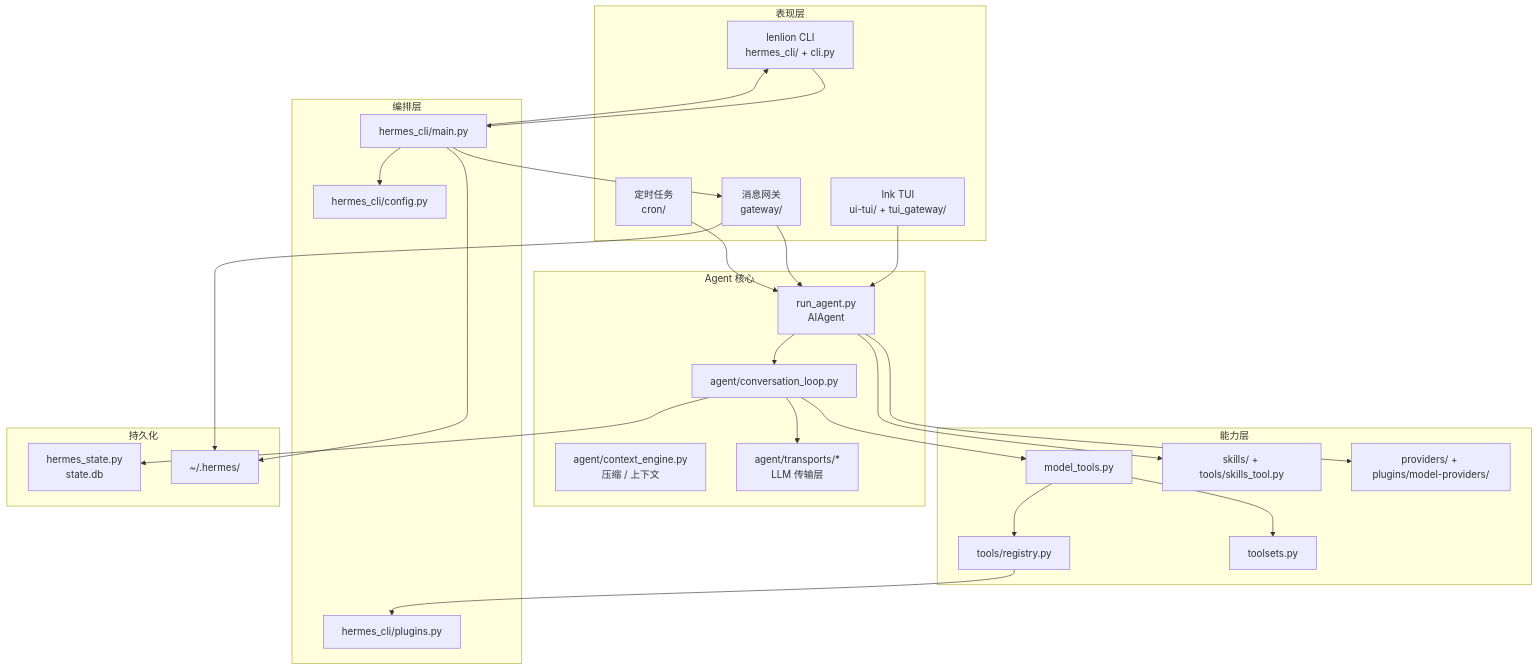
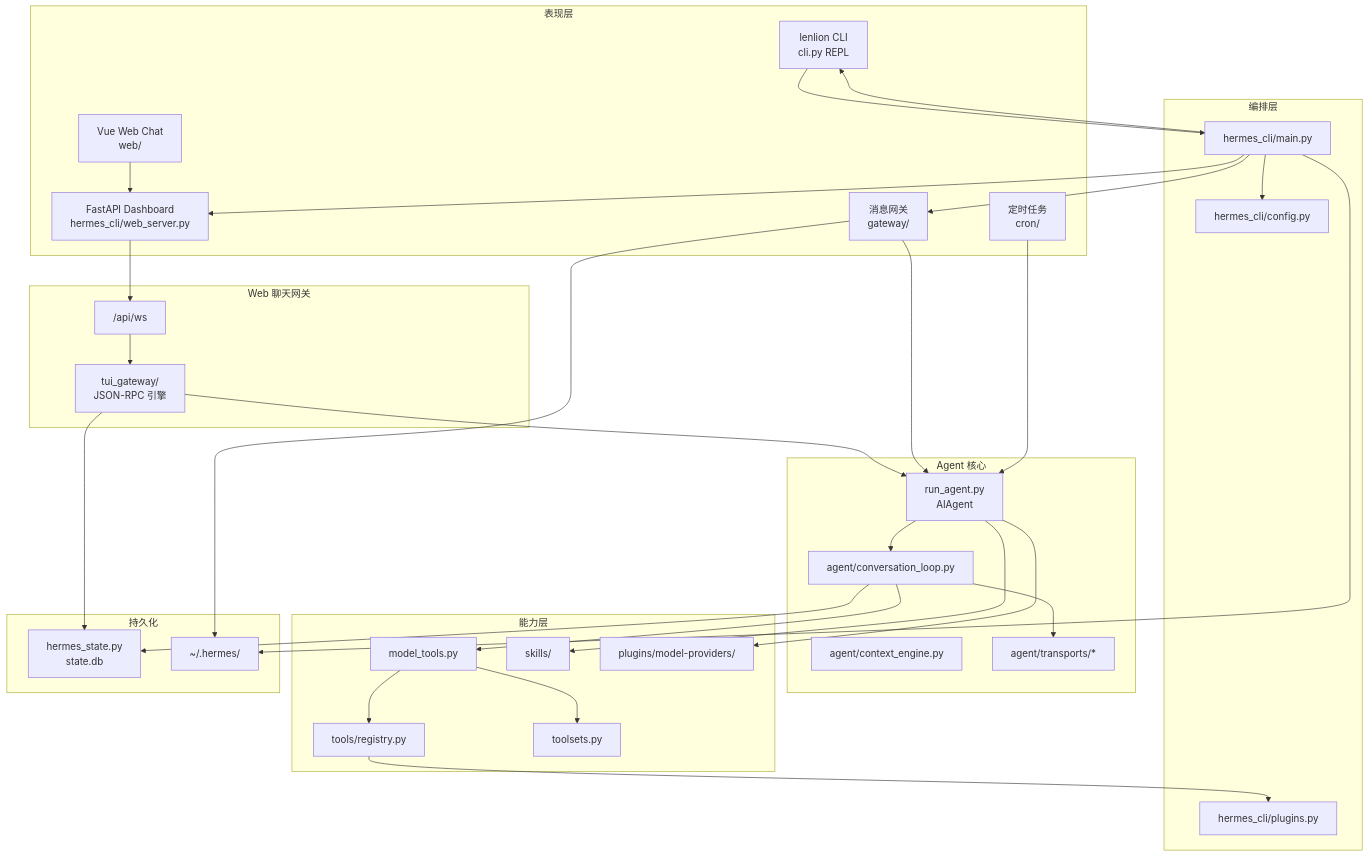
The first of 2 diagrams in ARCHITECTURE.md (lenlion4268-design/lenlion_project), drawn with Mermaid before and after one commit. The commit also changed other lines of this file and 375 other files, not shown here.

````diff
--- a/ARCHITECTURE.md
+++ b/ARCHITECTURE.md
@@ -21,54 +21,65 @@
 ```mermaid
 flowchart TB
   subgraph presentation [表现层]
-    CLI[lenlion CLI<br/>hermes_cli/ + cli.py]
-    TUI[Ink TUI<br/>ui-tui/ + tui_gateway/]
+    CLI[lenlion CLI<br/>cli.py REPL]
+    WEB[Vue Web Chat<br/>web/]
+    DASH[FastAPI Dashboard<br/>hermes_cli/web_server.py]
     GW[消息网关<br/>gateway/]
     CRON[定时任务<br/>cron/]
   end
 
   subgraph orchestration [编排层]
     MAIN[hermes_cli/main.py]
     CFG[hermes_cli/config.py]
     PLUG[hermes_cli/plugins.py]
   end
 
+  subgraph chat_gateway [Web 聊天网关]
+    WS["/api/ws"]
+    TG[tui_gateway/<br/>JSON-RPC 引擎]
+  end
+
   subgraph agent_core [Agent 核心]
     RA[run_agent.py<br/>AIAgent]
     LOOP[agent/conversation_loop.py]
-    CTX[agent/context_engine.py<br/>压缩 / 上下文]
-    TRANS[agent/transports/*<br/>LLM 传输层]
+    CTX[agent/context_engine.py]
+    TRANS[agent/transports/*]
   end
 
   subgraph capabilities [能力层]
     MT[model_tools.py]
     REG[tools/registry.py]
     TS[toolsets.py]
-    SK[skills/ + tools/skills_tool.py]
-    PR[providers/ + plugins/model-providers/]
+    SK[skills/]
+    PR[plugins/model-providers/]
   end
 
   subgraph persistence [持久化]
     STATE[hermes_state.py<br/>state.db]
     HOME[~/.hermes/]
   end
 
   CLI --> MAIN
-  TUI --> RA
+  WEB --> DASH
+  DASH --> WS
+  WS --> TG
+  TG --> RA
   GW --> RA
   CRON --> RA
   MAIN --> CLI
+  MAIN --> DASH
   MAIN --> GW
   MAIN --> CFG
   RA --> LOOP
   LOOP --> MT
   LOOP --> TRANS
   MT --> REG
   MT --> TS
   REG --> PLUG
   RA --> SK
   RA --> PR
   LOOP --> STATE
   MAIN --> HOME
   GW --> HOME
+  TG --> STATE
 ```
````
